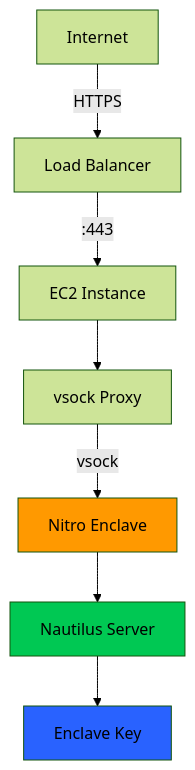
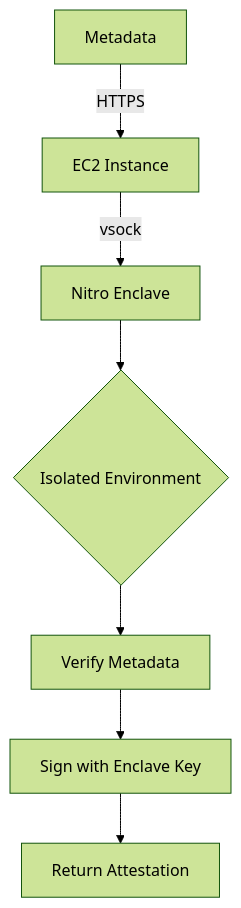
One commit to Seal-Trust/sealtrust-enclave changed the diagram in README.md. Above: the diagram before and after it, drawn with Mermaid (forest theme). The commit also changed other lines of this file, not shown here.

````diff
--- a/README.md
+++ b/README.md
@@ -137,14 +20,9 @@
 ```mermaid
 graph TD
-    I[Internet] -->|HTTPS| LB[Load Balancer]
-    LB -->|:443| EC2[EC2 Instance]
-    EC2 --> P[vsock Proxy]
-    P -->|vsock| E[Nitro Enclave]
-
-    E --> N[Nautilus Server]
-    N --> K[Enclave Key]
-
-    style E fill:#FF9900
-    style N fill:#00C853
-    style K fill:#2962FF
+    A[Metadata] -->|HTTPS| B[EC2 Instance]
+    B -->|vsock| C[Nitro Enclave]
+    C --> D{Isolated Environment}
+    D --> E[Verify Metadata]
+    E --> F[Sign with Enclave Key]
+    F --> G[Return Attestation]
 ```
````
